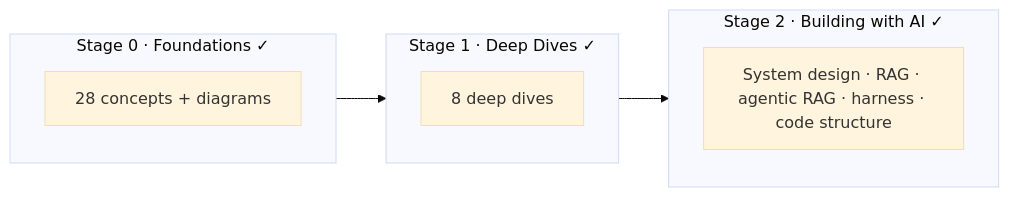
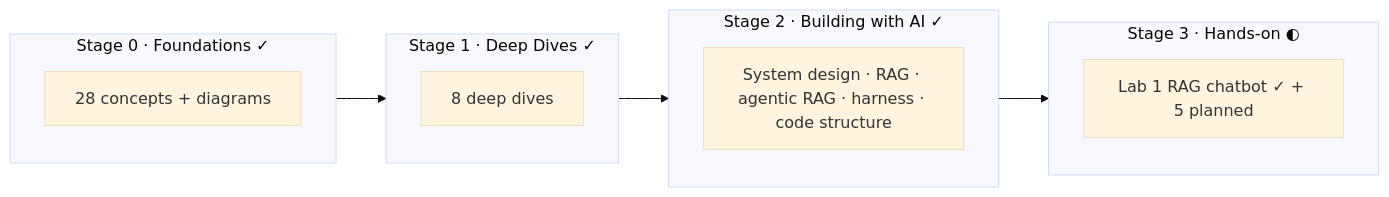
One commit to namphuongtran/ai-vault changed the diagram in content/en/_index.md. Above: the diagram before and after it, drawn with Mermaid (base theme). The commit also changed other lines of this file and 7 other files, not shown here.

First line of the commit message:
Stage 3 kickoff: Hands-on section + Lab 1 (RAG chatbot in 7 steps) (EN + VI)

````diff
--- a/content/en/_index.md
+++ b/content/en/_index.md
@@ -24,13 +24,16 @@
 ```mermaid
 flowchart LR
     subgraph S0["Stage 0 · Foundations ✓"]
       A0[28 concepts + diagrams]
     end
     subgraph S1["Stage 1 · Deep Dives ✓"]
       A1[8 deep dives]
     end
     subgraph S2["Stage 2 · Building with AI ✓"]
       A2[System design · RAG · agentic RAG · harness · code structure]
     end
-    S0 --> S1 --> S2
+    subgraph S3["Stage 3 · Hands-on ◐"]
+      A3[Lab 1 RAG chatbot ✓ + 5 planned]
+    end
+    S0 --> S1 --> S2 --> S3
 ```
````
